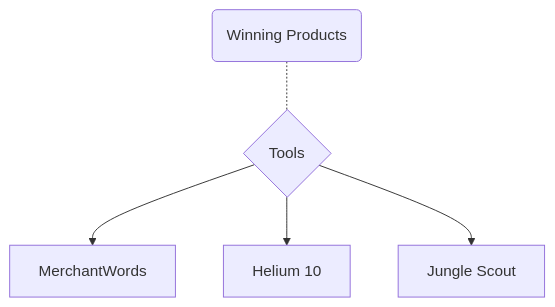
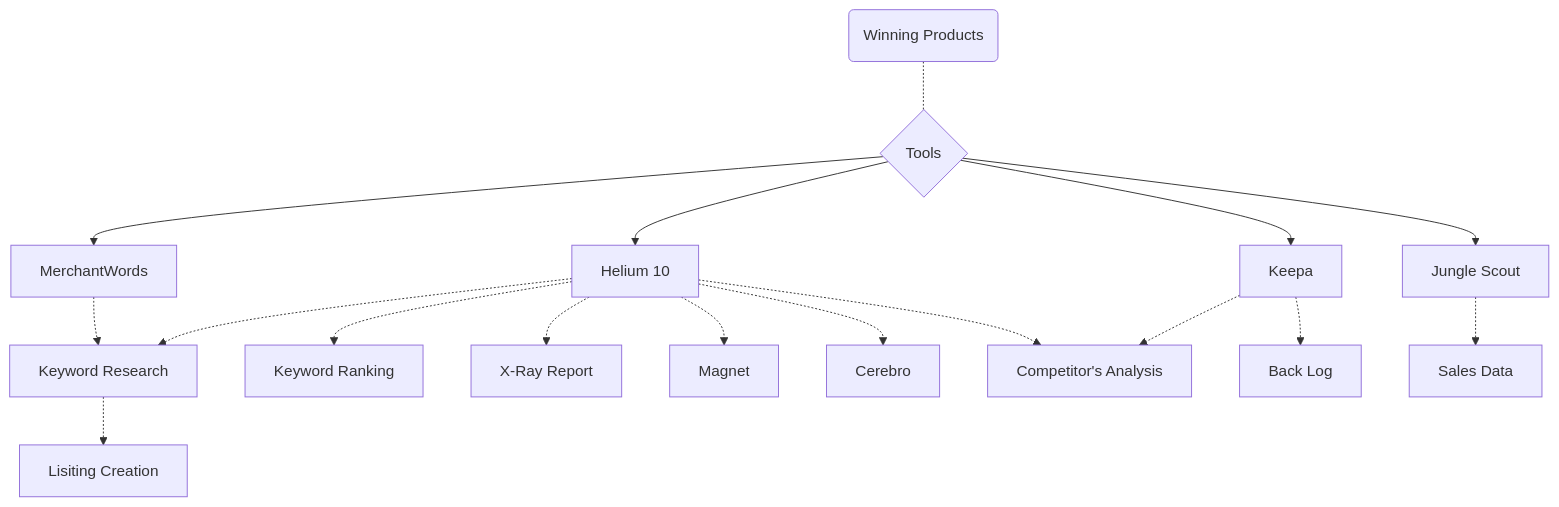
The second of 4 diagrams in amazonvirtualassistant.md (engradeelnayyar/engradeelnayyar), drawn with Mermaid before and after one commit. The commit also changed other lines of this file, not shown here.

````diff
--- a/amazonvirtualassistant.md
+++ b/amazonvirtualassistant.md
@@ -53,10 +53,23 @@
 ```mermaid
 
-graph TD
+flowchart TD
 
 A(Winning Products)-.-B{Tools}
 B{Tools}-->C[MerchantWords]
 B{Tools}-->D[Helium 10]
+B{Tools}-->F[Keepa]
 B{Tools}-->E[Jungle Scout]
+C[MerchantWords]-.->G[Keyword Research]-.->H[Lisiting Creation]
+D[Helium 10]-.->G[Keyword Research]
+D[Helium 10]-.->I[Keyword Ranking]
+D[Helium 10]-.->M[X-Ray Report]
+D[Helium 10]-.->N[Magnet]
+D[Helium 10]-.->O[Cerebro]
+D[Helium 10]-.->J[Competitor's Analysis]
+F[Keepa]-.->J[Competitor's Analysis]
+F[Keepa]-.->K[Back Log]
+E[Jungle Scout]-.->L[Sales Data]
+
+
 
 ```
````
